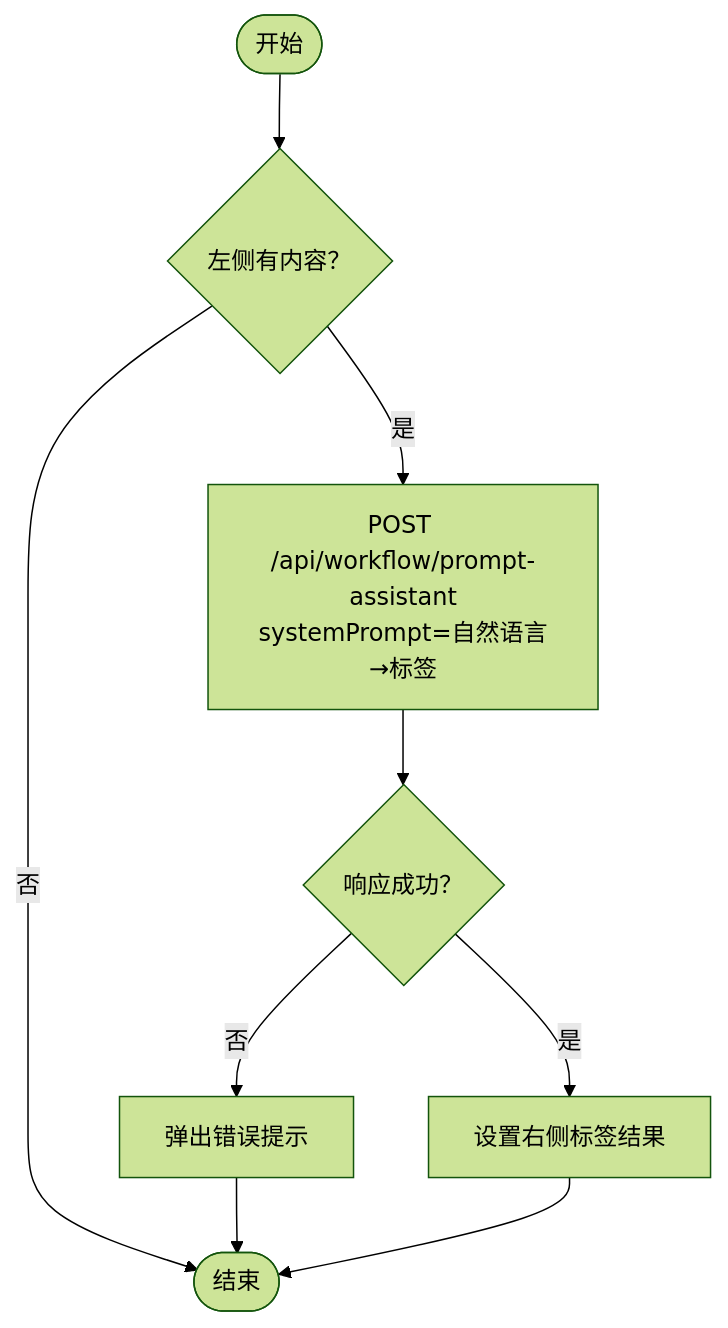
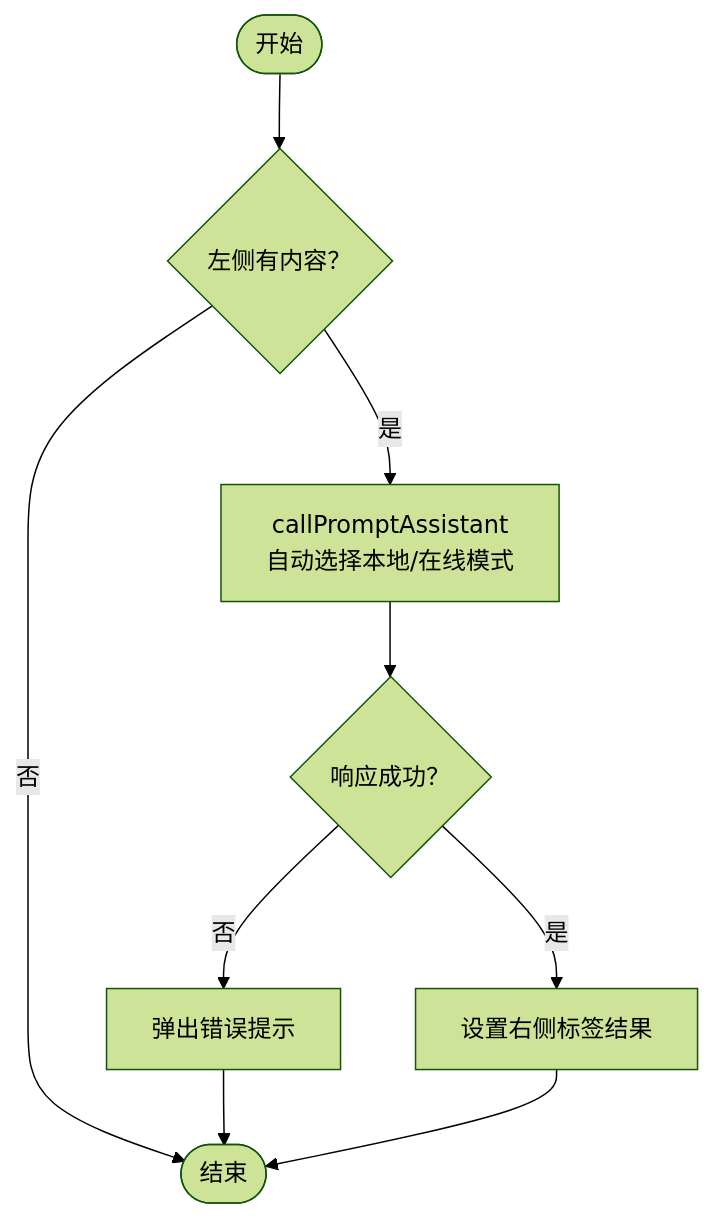
The fourth of 6 diagrams in .qoder/repowiki/zh/content/专业功能/提示词助手.md (billye220670/CorineKit_Pix2Real), drawn with Mermaid (forest theme) before and after one commit. The commit also changed other lines of this file and 11 other files, not shown here.

````diff
--- a/.qoder/repowiki/zh/content/专业功能/提示词助手.md
+++ b/.qoder/repowiki/zh/content/专业功能/提示词助手.md
@@ -185,9 +236,9 @@
 ```mermaid
 flowchart TD
 Start(["开始"]) --> CheckLeft{"左侧有内容？"}
 CheckLeft --> |否| End(["结束"])
-CheckLeft --> |是| CallAPI["POST /api/workflow/prompt-assistant<br/>systemPrompt=自然语言→标签"]
+CheckLeft --> |是| CallAPI["callPromptAssistant<br/>自动选择本地/在线模式"]
 CallAPI --> RespOK{"响应成功？"}
 RespOK --> |否| Alert["弹出错误提示"] --> End
 RespOK --> |是| SetRight["设置右侧标签结果"] --> End
 ```
````
